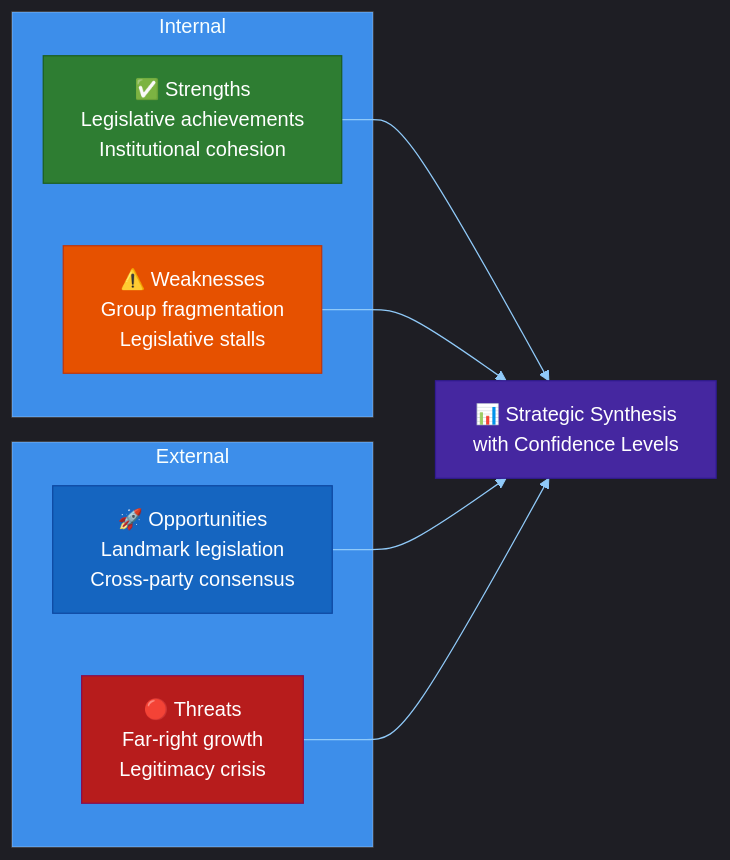
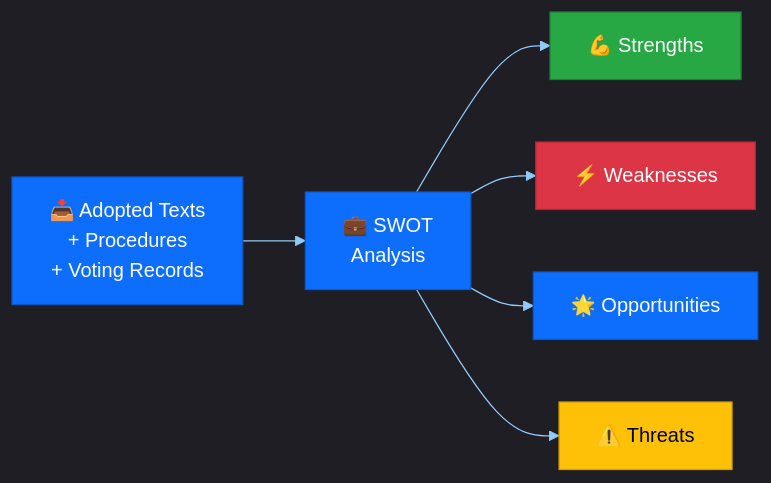
One commit to Hack23/euparliamentmonitor changed the eighth of 16 diagrams in docs/api/media/README-9.md. Above: the diagram before and after it, drawn with Mermaid. The commit also changed other lines of this file and 1553 other files, not shown here.

````diff
--- a/docs/api/media/README-9.md
+++ b/docs/api/media/README-9.md
@@ -532,24 +455,16 @@
 ```mermaid
 %%{init: {"theme":"dark","themeVariables":{"primaryColor":"#1565C0","primaryTextColor":"#ffffff","primaryBorderColor":"#0A3F7F","lineColor":"#90CAF9","secondaryColor":"#2E7D32","secondaryTextColor":"#ffffff","secondaryBorderColor":"#0F3F00","tertiaryColor":"#FF9800","tertiaryTextColor":"#000000","tertiaryBorderColor":"#7F4F00","mainBkg":"#1565C0","secondBkg":"#2E7D32","tertiaryBkg":"#FF9800","noteBkgColor":"#FFC107","noteTextColor":"#000000","noteBorderColor":"#7F6000","errorBkgColor":"#D32F2F","errorTextColor":"#ffffff","fontFamily":"Inter, Helvetica, Arial, sans-serif","pie1":"#1565C0","pie2":"#2E7D32","pie3":"#FF9800","pie4":"#D32F2F","pie5":"#FFC107","pie6":"#7B1FA2","pie7":"#9E9E9E","pie8":"#0288D1","pie9":"#388E3C","pie10":"#F57C00","pie11":"#C62828","pie12":"#FBC02D","pieTitleTextSize":"18px","pieSectionTextSize":"14px","pieLegendTextSize":"13px","pieStrokeColor":"#1e1e1e","pieOuterStrokeColor":"#1e1e1e","git0":"#1565C0","git1":"#2E7D32","git2":"#FF9800","git3":"#D32F2F","gitBranchLabel0":"#ffffff","gitBranchLabel1":"#ffffff","gitBranchLabel2":"#000000","gitBranchLabel3":"#ffffff","cScale0":"#1565C0","cScale1":"#2E7D32","cScale2":"#FF9800","cScale3":"#D32F2F","cScale4":"#FFC107","cScale5":"#7B1FA2","cScale6":"#9E9E9E","cScale7":"#0288D1","xyChart":{"backgroundColor":"#1e1e1e","plotColorPalette":"#1565C0,#2E7D32,#FF9800,#D32F2F,#FFC107,#7B1FA2,#9E9E9E"}}}}%%
-graph LR
-    subgraph Internal
-        S[✅ Strengths<br/>Legislative achievements<br/>Institutional cohesion]
-        W[⚠️ Weaknesses<br/>Group fragmentation<br/>Legislative stalls]
-    end
+flowchart LR
+    DATA["📥 Adopted Texts<br/>+ Procedures<br/>+ Voting Records"] --> SWOT["💼 SWOT<br/>Analysis"]
+    SWOT --> S["💪 Strengths"]
+    SWOT --> W["⚡ Weaknesses"]
+    SWOT --> O["🌟 Opportunities"]
+    SWOT --> T["⚠️ Threats"]
 
-    subgraph External
-        O[🚀 Opportunities<br/>Landmark legislation<br/>Cross-party consensus]
-        T[🔴 Threats<br/>Far-right growth<br/>Legitimacy crisis]
-    end
-
-    S --> Synth[📊 Strategic Synthesis<br/>with Confidence Levels]
-    W --> Synth
-    O --> Synth
-    T --> Synth
-
-    style S fill:#2E7D32,stroke:#1B5E20,color:#FFFFFF
-    style W fill:#E65100,stroke:#BF360C,color:#FFFFFF
-    style O fill:#1565C0,stroke:#0D47A1,color:#FFFFFF
-    style T fill:#B71C1C,stroke:#880E4F,color:#FFFFFF
-    style Synth fill:#4527A0,stroke:#311B92,color:#FFFFFF
+    style DATA fill:#0d6efd,color:#fff,stroke:#0a58ca
+    style SWOT fill:#0d6efd,color:#fff,stroke:#0a58ca
+    style S fill:#28a745,color:#fff,stroke:#1e7e34
+    style W fill:#dc3545,color:#fff,stroke:#bd2130
+    style O fill:#0d6efd,color:#fff,stroke:#0a58ca
+    style T fill:#ffc107,color:#000,stroke:#d39e00
 ```
````
